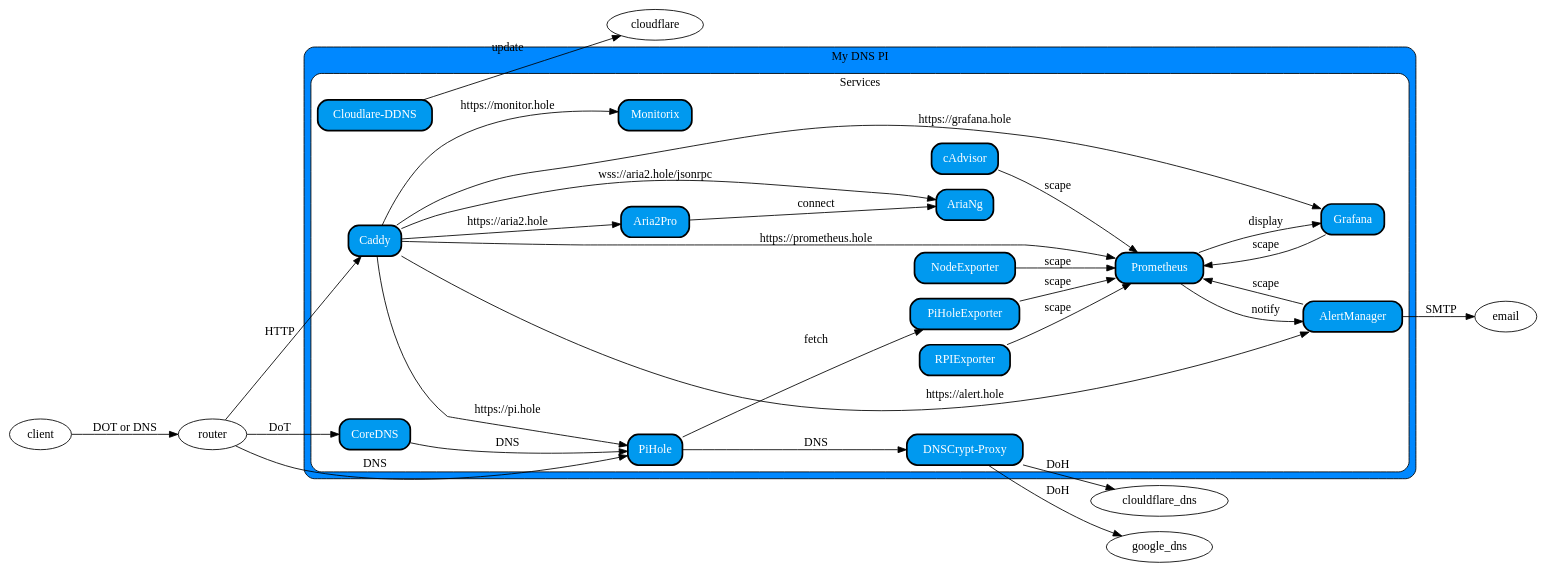
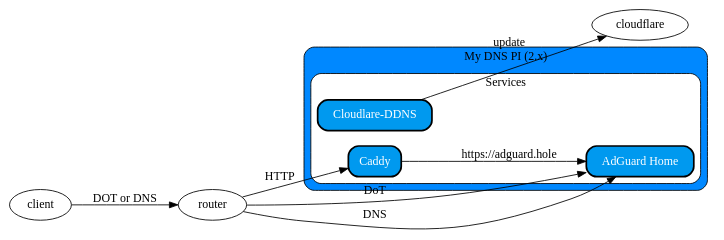
One commit to zeuxisoo/my-dns-pi changed the diagram in workflow/graph.dot. Above: the diagram before and after it, drawn with Graphviz. The commit also changed 39 other files, not shown here.

```diff
--- a/workflow/graph.dot
+++ b/workflow/graph.dot
@@ -1,83 +1,34 @@
 digraph G {
     rankdir=LR
 
     subgraph cluster_0 {
         style="rounded,filled"
         fillcolor="#0088FF"
 
         node [style="rounded,filled", shape=box, penwidth=2, fillcolor="#0099EF", fontcolor=white]
 
-        label="My DNS PI"
+        label="My DNS PI (2.x)"
         subgraph cluster_1 {
             fillcolor="#FFFFFF"
             label="Services"
 
-            coredns [label="CoreDNS"]
-            pihole  [label="PiHole"]
-            dnscrypt_proxy [label="DNSCrypt-Proxy"]
+            adguard_home [label="AdGuard Home"]
 
             caddy [label="Caddy"]
-            monitorix [label="Monitorix"]
             cloudflare_ddns [label="Cloudlare-DDNS"]
-
-            aria2_pro [label="Aria2Pro"]
-            aria2_ng [label="AriaNg"]
-
-            prometheus [label="Prometheus"]
-            cadvisor [label="cAdvisor"]
-            node_exporter [label="NodeExporter"]
-            pihole_exporter [label="PiHoleExporter"]
-            rpi_exporter [label="RPIExporter"]
-
-            alert_manager [label="AlertManager"]
-            grafana [label="Grafana"]
         }
     }
 
     client -> router [label="DOT or DNS"]
 
     //  Router
-    router -> coredns [label="DoT"]
-    router -> pihole [label="DNS"]
+    router -> adguard_home [label="DoT"]
+    router -> adguard_home [label="DNS"]
     router -> caddy [label="HTTP"]
 
-    coredns -> pihole [label="DNS"]
-
-    //  Pihole
-    pihole -> dnscrypt_proxy [label="DNS"]
-    pihole -> pihole_exporter [label="fetch"]
-
-    dnscrypt_proxy -> clouldflare_dns [label="DoH"]
-    dnscrypt_proxy -> google_dns [label="DoH"]
-
     //  Caddy
-    caddy -> pihole [label="https://pi.hole"]
-    caddy -> monitorix [label="https://monitor.hole"]
-    caddy -> prometheus [label="https://prometheus.hole"]
-    caddy -> alert_manager [label="https://alert.hole"]
-    caddy -> grafana [label="https://grafana.hole"]
-    caddy -> aria2_pro [label="https://aria2.hole"]
-    caddy -> aria2_ng [label="wss://aria2.hole/jsonrpc"]
-
-    //  Prometheus
-    cadvisor -> prometheus [label="scape"]
-    node_exporter -> prometheus [label="scape"]
-    pihole_exporter -> prometheus [label="scape"]
-    rpi_exporter -> prometheus [label="scape"]
-    alert_manager -> prometheus [label="scape"]
-    grafana -> prometheus [label="scape"]
-
-    //  Alert Manager
-    alert_manager -> email [label="SMTP"]
-
-    prometheus -> alert_manager [label="notify"]
-
-    // Grafana
-    prometheus -> grafana [label="display"]
-
-    // Aria2
-    aria2_pro -> aria2_ng [label="connect"]
+    caddy -> adguard_home [label="https://adguard.hole"]
 
     // Cloudflare DDNS
     cloudflare_ddns -> cloudflare [label="update"]
 }
```
